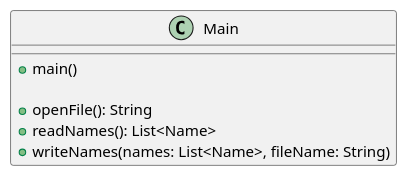
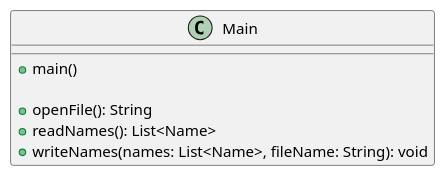
One commit to mplekunov/Assignment_3 changed the diagram in src/main/resources/Main.puml. Above: the diagram before and after it, drawn with PlantUML. The commit also changed 22 other files, not shown here.

Commit message:
Add: PlantUML Activity Diagrams

```diff
--- a/src/main/resources/Main.puml
+++ b/src/main/resources/Main.puml
@@ -1,12 +1,12 @@
 @startuml
 'https://plantuml.com/class-diagram
 
 class Main {
     +main()
 
     +openFile(): String
     +readNames(): List<Name>
-    +writeNames(names: List<Name>, fileName: String)
+    +writeNames(names: List<Name>, fileName: String): void
 }
 
 @enduml
```
